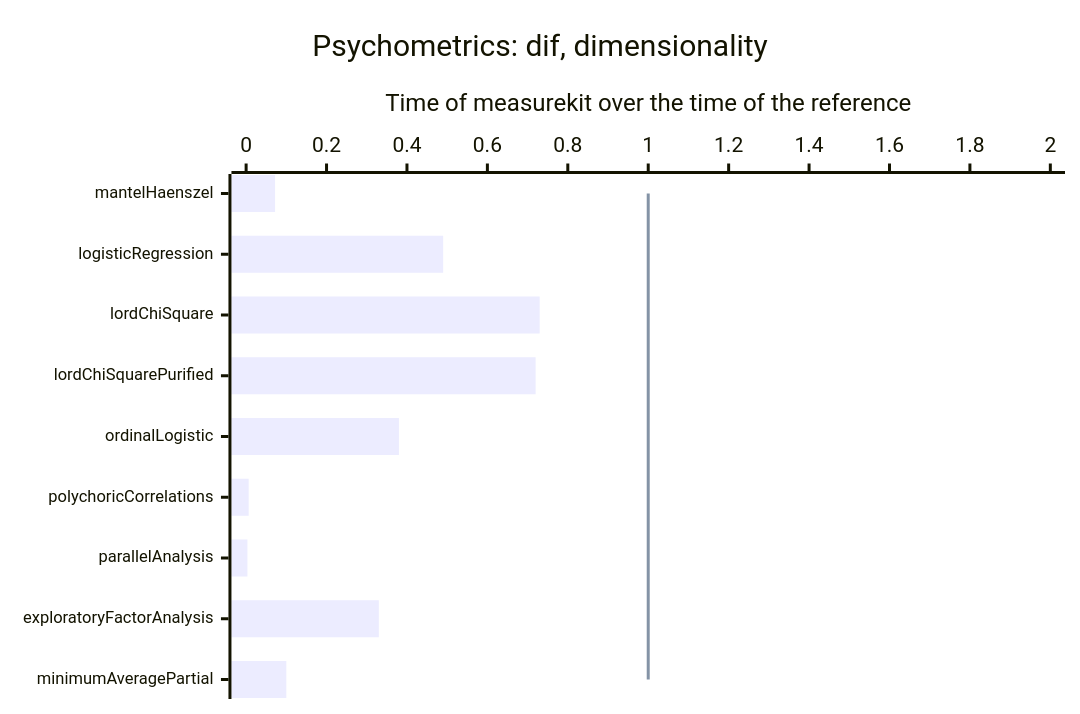
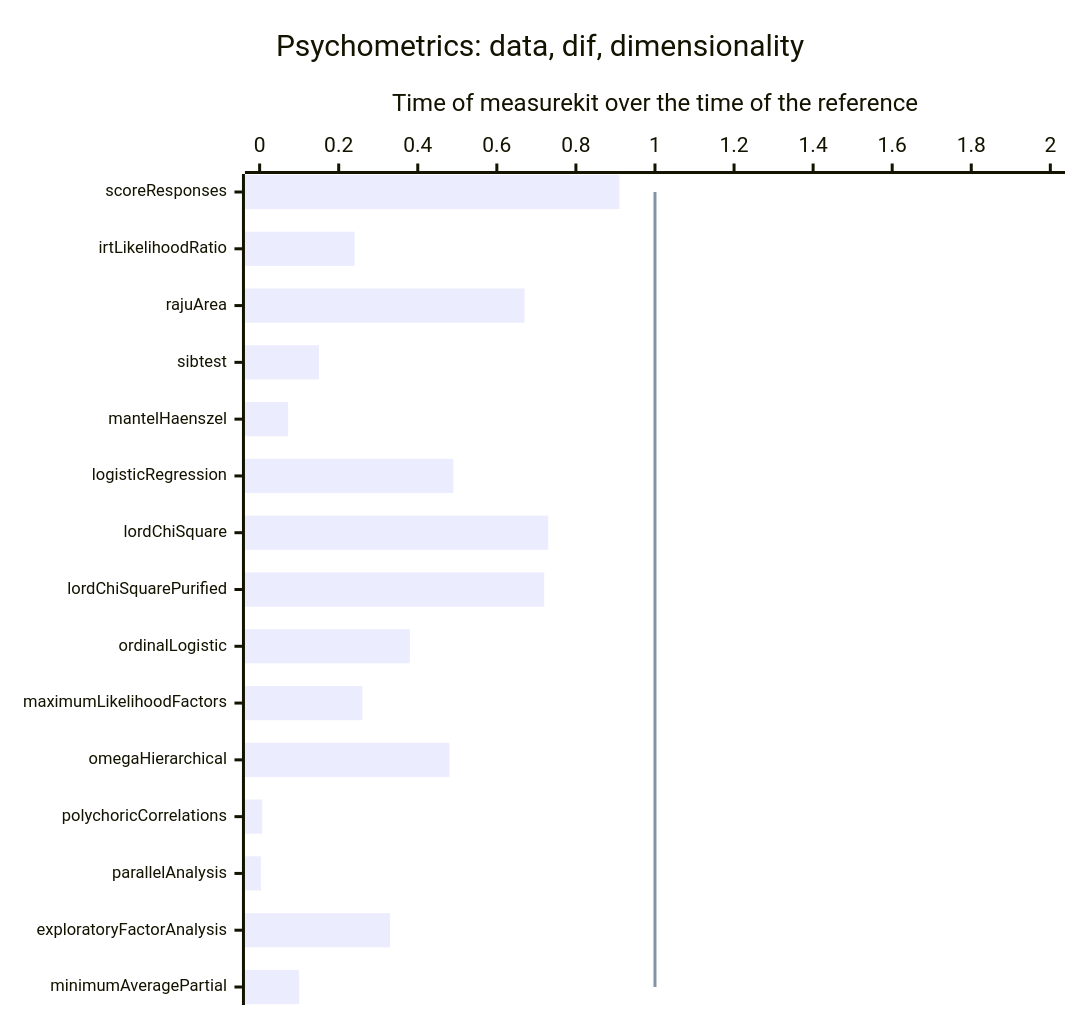
The fifth of 13 diagrams in docs/performance.md (measurekit/measurekit), drawn with Mermaid before and after one commit. The commit also changed other lines of this file and 4 other files, not shown here.

````diff
--- a/docs/performance.md
+++ b/docs/performance.md
@@ -53,9 +53,9 @@
 ```mermaid
-%%{init: {"xyChart": {"height": 456, "xAxis": {"labelFontSize": 11}}}}%%
+%%{init: {"xyChart": {"height": 660, "xAxis": {"labelFontSize": 11}}}}%%
 xychart-beta horizontal
-  title "Psychometrics: dif, dimensionality"
-  x-axis ["mantelHaenszel", "logisticRegression", "lordChiSquare", "lordChiSquarePurified", "ordinalLogistic", "polychoricCorrelations", "parallelAnalysis", "exploratoryFactorAnalysis", "minimumAveragePartial"]
+  title "Psychometrics: data, dif, dimensionality"
+  x-axis ["scoreResponses", "irtLikelihoodRatio", "rajuArea", "sibtest", "mantelHaenszel", "logisticRegression", "lordChiSquare", "lordChiSquarePurified", "ordinalLogistic", "maximumLikelihoodFactors", "omegaHierarchical", "polychoricCorrelations", "parallelAnalysis", "exploratoryFactorAnalysis", "minimumAveragePartial"]
   y-axis "Time of measurekit over the time of the reference" 0 --> 2
-  bar [0.072, 0.49, 0.73, 0.72, 0.38, 0.0064, 0.0032, 0.33, 0.1]
-  line [1, 1, 1, 1, 1, 1, 1, 1, 1]
+  bar [0.91, 0.24, 0.67, 0.15, 0.072, 0.49, 0.73, 0.72, 0.38, 0.26, 0.48, 0.0064, 0.0032, 0.33, 0.1]
+  line [1, 1, 1, 1, 1, 1, 1, 1, 1, 1, 1, 1, 1, 1, 1]
 ```
````
